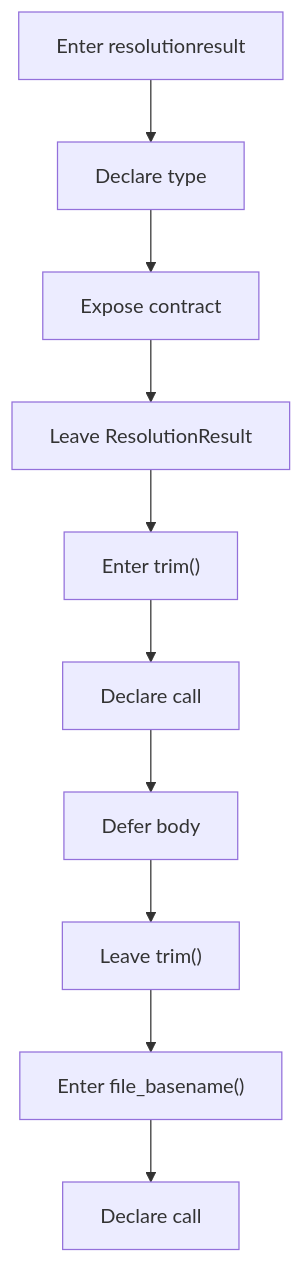
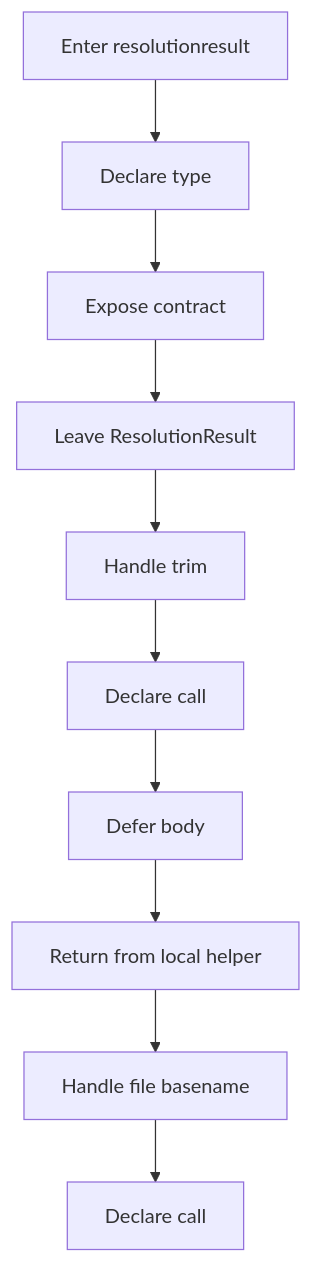
The second of 8 diagrams in docs/Codebase/Microservice/Modules/Header/SyntacticBrokenAST/HashingMechanism/HashLinks/Internal/Flow/parse_tree_hash_links_internal_program_flow.hpp.md (JohnAndrewBalbarosa/NeoTerritory), drawn with Mermaid before and after one commit. The commit also changed other lines of this file and 915 other files, not shown here.

````diff
--- a/docs/Codebase/Microservice/Modules/Header/SyntacticBrokenAST/HashingMechanism/HashLinks/Internal/Flow/parse_tree_hash_links_internal_program_flow.hpp.md
+++ b/docs/Codebase/Microservice/Modules/Header/SyntacticBrokenAST/HashingMechanism/HashLinks/Internal/Flow/parse_tree_hash_links_internal_program_flow.hpp.md
@@ -41,22 +41,22 @@
 ```mermaid
 flowchart TD
     N0["Enter resolutionresult"]
     N1["Declare type"]
     N2["Expose contract"]
     N3["Leave ResolutionResult"]
-    N4["Enter trim()"]
+    N4["Handle trim"]
     N5["Declare call"]
     N6["Defer body"]
-    N7["Leave trim()"]
-    N8["Enter file_basename()"]
+    N7["Return from local helper"]
+    N8["Handle file basename"]
     N9["Declare call"]
     N0 --> N1
     N1 --> N2
     N2 --> N3
     N3 --> N4
     N4 --> N5
     N5 --> N6
     N6 --> N7
     N7 --> N8
     N8 --> N9
 ```
````
